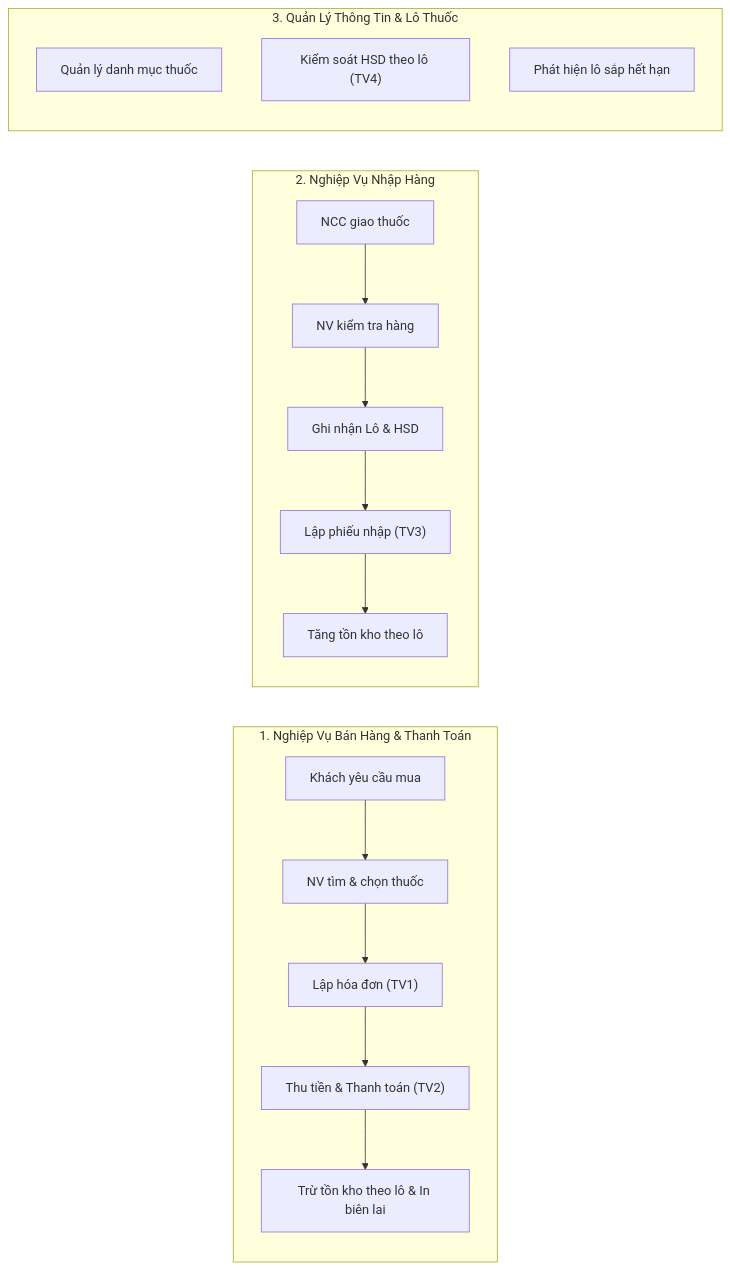
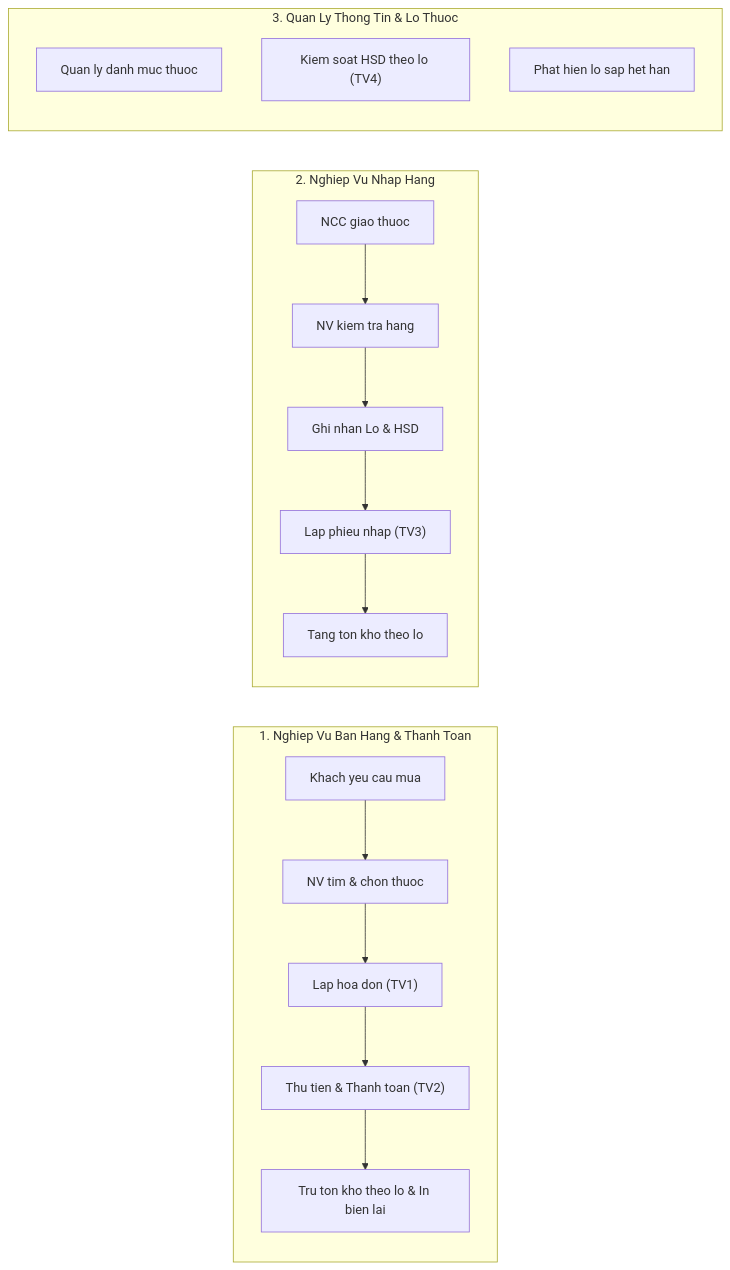
Before and after one commit to AbrahamZenon/HTTT: the first of 4 diagrams in README.md, drawn with Mermaid. The commit also changed other lines of this file and 1 other file, not shown here.

Commit message:
docs: Luoc bo toan bo ky tu icon va box-drawing trong tai lieu

````diff
--- a/README.md
+++ b/README.md
@@ -67,25 +67,25 @@
 ```mermaid
 flowchart LR
-    subgraph BanHang["1. Nghiệp Vụ Bán Hàng & Thanh Toán"]
+    subgraph BanHang["1. Nghiep Vu Ban Hang & Thanh Toan"]
         direction TB
-        A1["Khách yêu cầu mua"] --> A2["NV tìm & chọn thuốc"]
-        A2 --> A3["Lập hóa đơn (TV1)"]
-        A3 --> A4["Thu tiền & Thanh toán (TV2)"]
-        A4 --> A5["Trừ tồn kho theo lô & In biên lai"]
+        A1["Khach yeu cau mua"] --> A2["NV tim & chon thuoc"]
+        A2 --> A3["Lap hoa don (TV1)"]
+        A3 --> A4["Thu tien & Thanh toan (TV2)"]
+        A4 --> A5["Tru ton kho theo lo & In bien lai"]
     end
 
-    subgraph NhapHang["2. Nghiệp Vụ Nhập Hàng"]
+    subgraph NhapHang["2. Nghiep Vu Nhap Hang"]
         direction TB
-        B1["NCC giao thuốc"] --> B2["NV kiểm tra hàng"]
-        B2 --> B3["Ghi nhận Lô & HSD"]
-        B3 --> B4["Lập phiếu nhập (TV3)"]
-        B4 --> B5["Tăng tồn kho theo lô"]
+        B1["NCC giao thuoc"] --> B2["NV kiem tra hang"]
+        B2 --> B3["Ghi nhan Lo & HSD"]
+        B3 --> B4["Lap phieu nhap (TV3)"]
+        B4 --> B5["Tang ton kho theo lo"]
     end
 
-    subgraph QuanLyLo["3. Quản Lý Thông Tin & Lô Thuốc"]
+    subgraph QuanLyLo["3. Quan Ly Thong Tin & Lo Thuoc"]
         direction TB
-        C1["Quản lý danh mục thuốc"]
-        C2["Kiểm soát HSD theo lô (TV4)"]
-        C3["Phát hiện lô sắp hết hạn"]
+        C1["Quan ly danh muc thuoc"]
+        C2["Kiem soat HSD theo lo (TV4)"]
+        C3["Phat hien lo sap het han"]
     end
 ```
````
